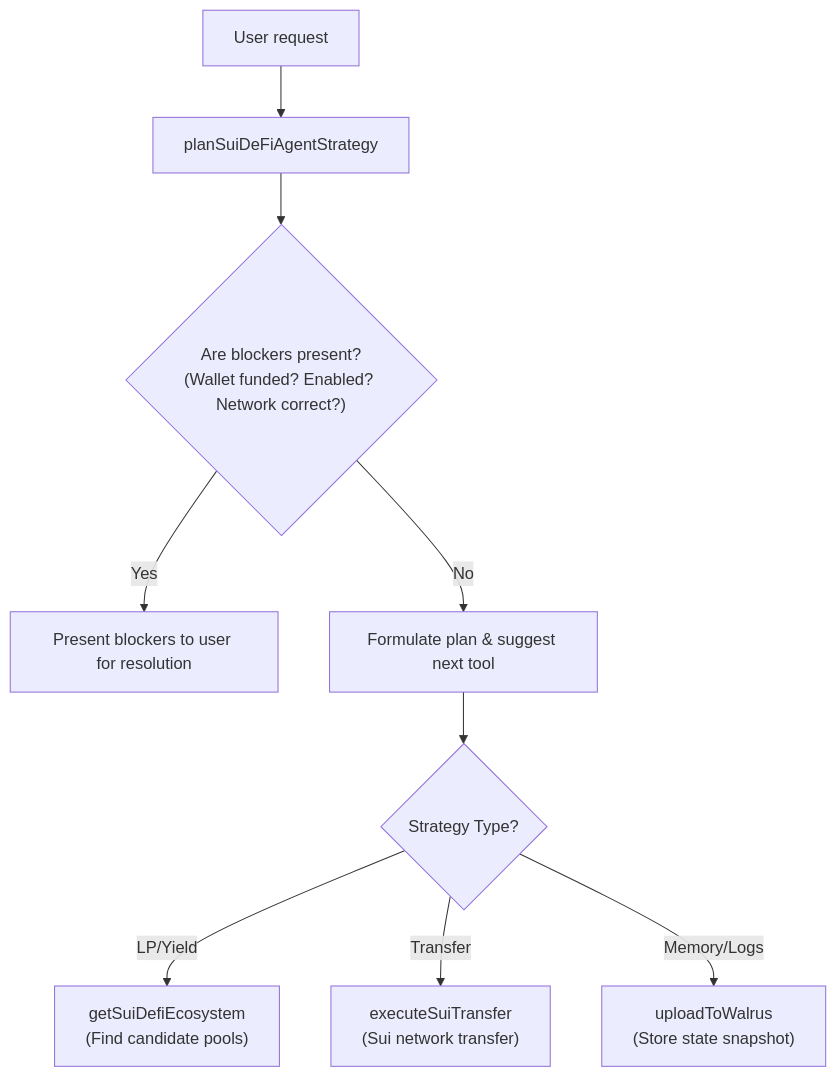
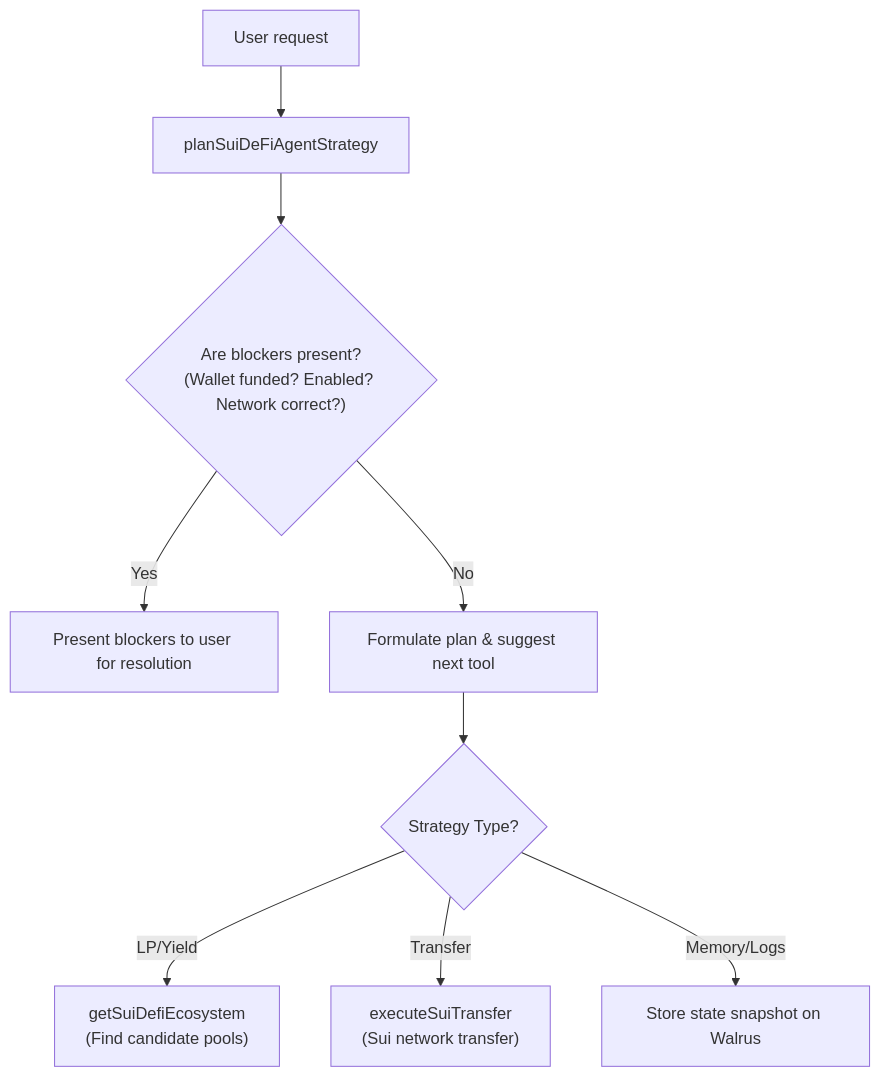
One commit to sirath-network/barzakh-ai changed the sixth of 8 diagrams in README.md. Above: the diagram before and after it, drawn with Mermaid. The commit also changed other lines of this file and 10 other files, not shown here.

````diff
--- a/README.md
+++ b/README.md
@@ -908,11 +892,11 @@
 ```mermaid
 flowchart TD
     A["User request"] --> B["planSuiDeFiAgentStrategy"]
     B --> C{"Are blockers present?\n(Wallet funded? Enabled? Network correct?)"}
     C -->|Yes| D["Present blockers to user for resolution"]
     C -->|No| E["Formulate plan & suggest next tool"]
     E --> F{"Strategy Type?"}
     F -->|LP/Yield| G["getSuiDefiEcosystem\n(Find candidate pools)"]
     F -->|Transfer| H["executeSuiTransfer\n(Sui network transfer)"]
-    F -->|Memory/Logs| I["uploadToWalrus\n(Store state snapshot)"]
+    F -->|Memory/Logs| I["Store state snapshot on Walrus"]
 ```
````
